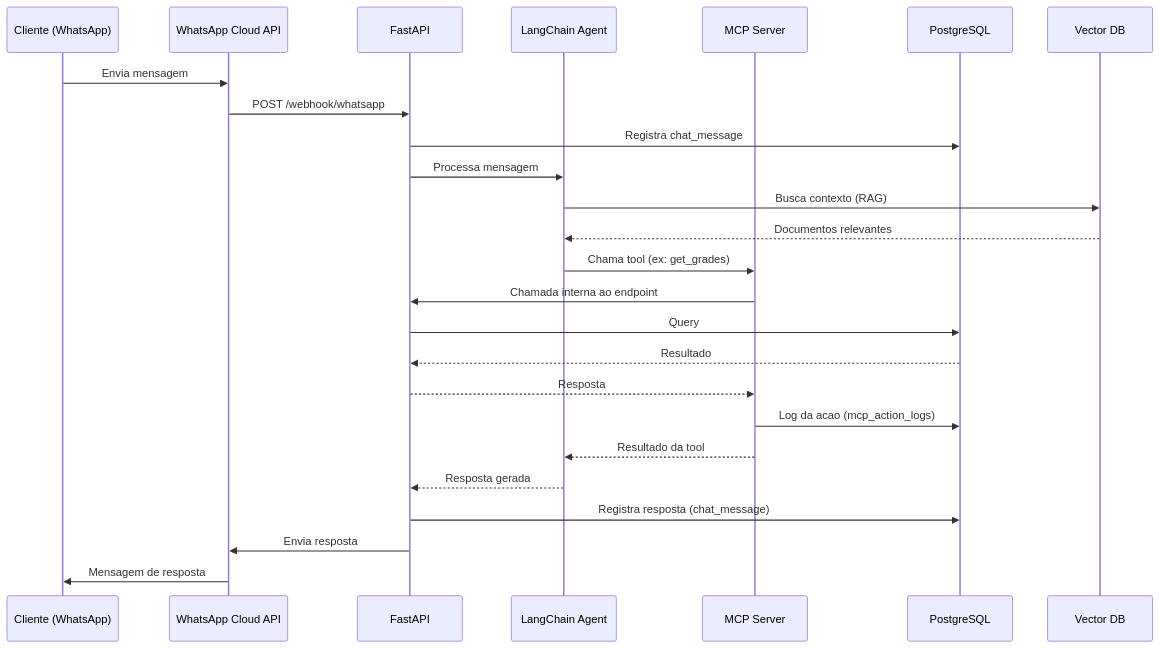
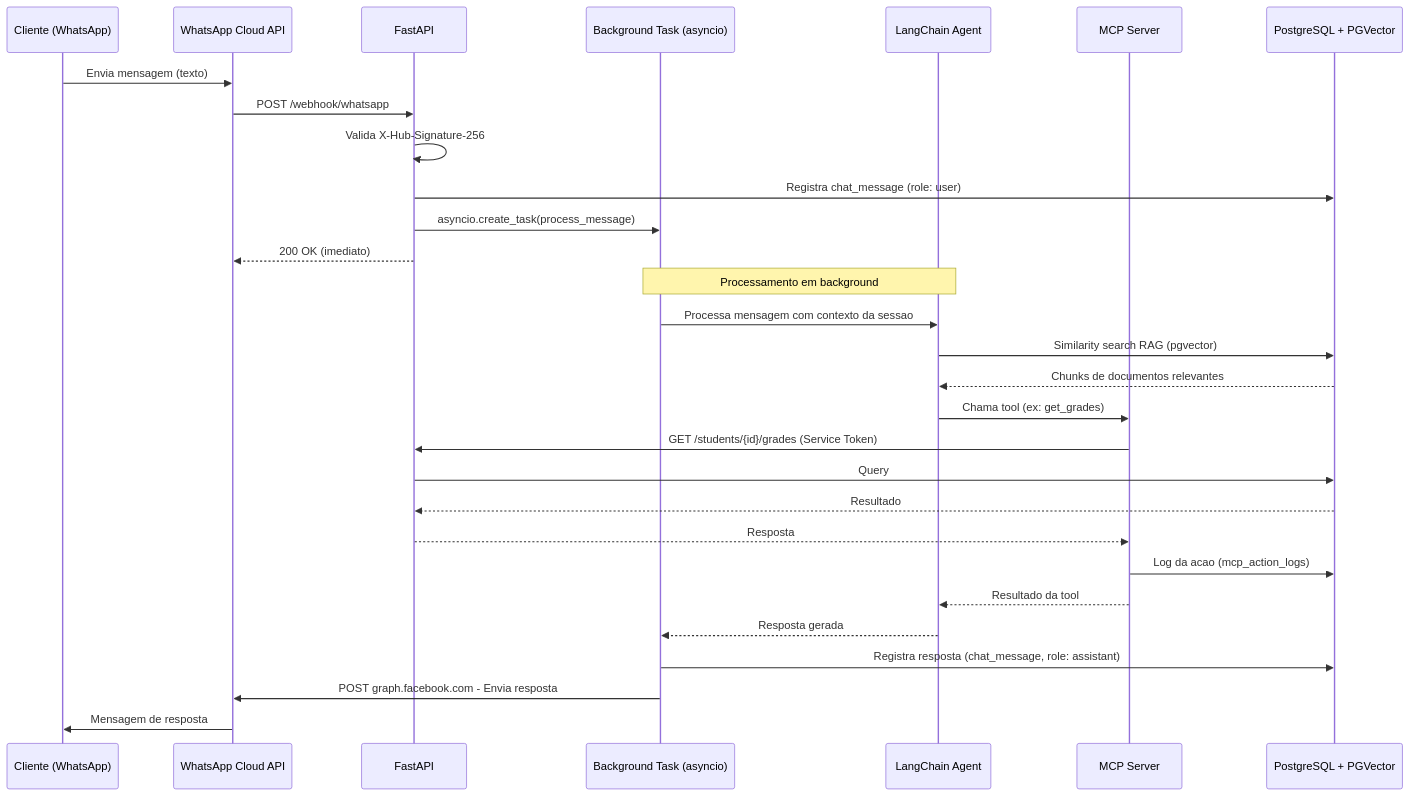
One commit to Weym/desafio-fcg3 changed the fourth of 8 diagrams in docs/architecture.md. Above: the diagram before and after it, drawn with Mermaid. The commit also changed other lines of this file and 6 other files, not shown here.

````diff
--- a/docs/architecture.md
+++ b/docs/architecture.md
@@ -87,31 +136,36 @@
 ```mermaid
 sequenceDiagram
     participant C as Cliente (WhatsApp)
     participant WA as WhatsApp Cloud API
     participant API as FastAPI
+    participant BG as Background Task (asyncio)
     participant AI as LangChain Agent
     participant MCP as MCP Server
-    participant DB as PostgreSQL
-    participant VDB as Vector DB
+    participant DB as PostgreSQL + PGVector
 
-    C->>WA: Envia mensagem
+    C->>WA: Envia mensagem (texto)
     WA->>API: POST /webhook/whatsapp
-    API->>DB: Registra chat_message
-    API->>AI: Processa mensagem
+    API->>API: Valida X-Hub-Signature-256
+    API->>DB: Registra chat_message (role: user)
+    API->>BG: asyncio.create_task(process_message)
+    API-->>WA: 200 OK (imediato)
 
-    AI->>VDB: Busca contexto (RAG)
-    VDB-->>AI: Documentos relevantes
+    Note over BG,AI: Processamento em background
+    BG->>AI: Processa mensagem com contexto da sessao
+
+    AI->>DB: Similarity search RAG (pgvector)
+    DB-->>AI: Chunks de documentos relevantes
 
     AI->>MCP: Chama tool (ex: get_grades)
-    MCP->>API: Chamada interna ao endpoint
+    MCP->>API: GET /students/{id}/grades (Service Token)
     API->>DB: Query
     DB-->>API: Resultado
     API-->>MCP: Resposta
     MCP->>DB: Log da acao (mcp_action_logs)
     MCP-->>AI: Resultado da tool
 
-    AI-->>API: Resposta gerada
-    API->>DB: Registra resposta (chat_message)
-    API->>WA: Envia resposta
+    AI-->>BG: Resposta gerada
+    BG->>DB: Registra resposta (chat_message, role: assistant)
+    BG->>WA: POST graph.facebook.com - Envia resposta
     WA->>C: Mensagem de resposta
 ```
````
